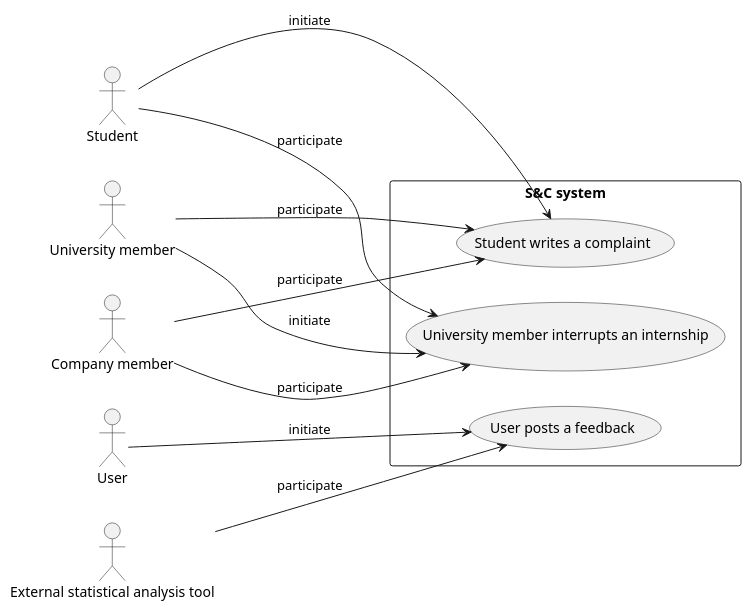
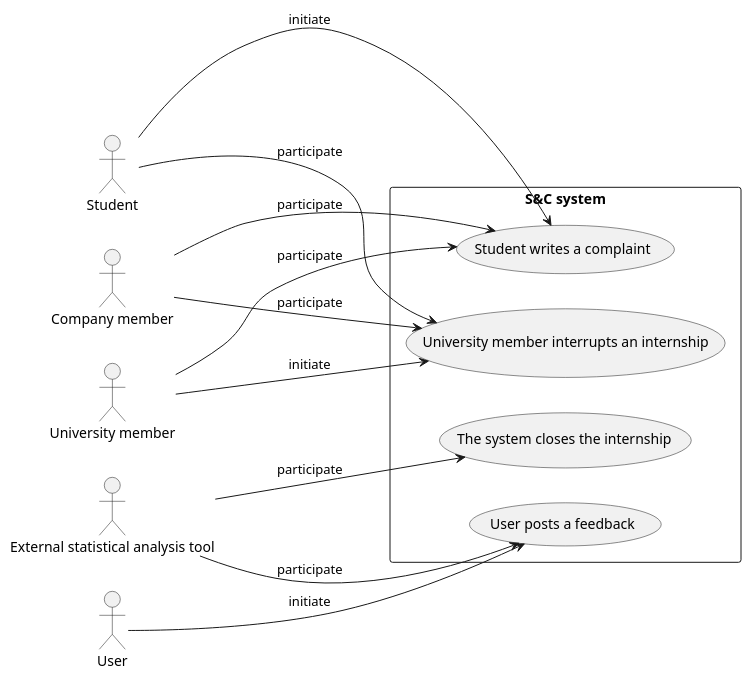
Before and after one commit to matti8702/R_and_DD_project_SE2: the diagram in RASD/Specific_requirements/uml_diagrams/use_cases_diagram7.puml, drawn with PlantUML. The commit also changed 6 other files, not shown here.

```diff
--- a/RASD/Specific_requirements/uml_diagrams/use_cases_diagram7.puml
+++ b/RASD/Specific_requirements/uml_diagrams/use_cases_diagram7.puml
@@ -1,28 +1,31 @@
 @startuml use_cases_diagram7
 left to right direction
 
 together{
     actor :Student: as ST
     actor :Company member: as CM
     actor :University member: as UM
     actor :External statistical analysis tool: as STAT
     actor :User: as U
 }
 
 rectangle "S&C system"{
     usecase (Student writes a complaint) as UC26
     usecase (University member interrupts an internship) as UC27
     usecase (User posts a feedback) as UC28
+    usecase (The system closes the internship) as UC29
 }
 
 ST --> UC26: initiate
 UM --> UC26 : participate
 CM --> UC26 : participate
 
 UM ---> UC27: initiate
 CM --> UC27 : participate
 ST --> UC27 : participate
 
-STAT -> UC28: participate
+STAT ---> UC28: participate
 U --> UC28: initiate
+
+STAT --> UC29: participate
 @enduml
```
